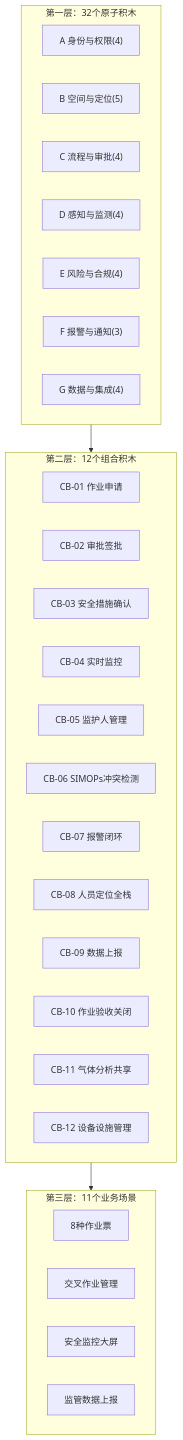
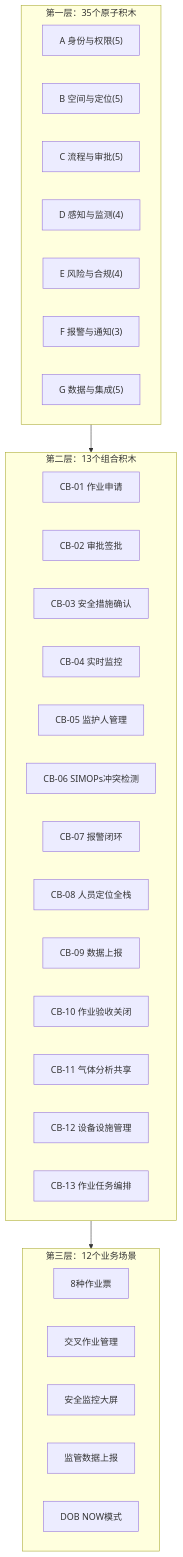
One commit to laiyinyizao007/safeworkpermitPRD changed the first of 8 diagrams in 产出/功能需求_积木化拆解方案.md. Above: the diagram before and after it, drawn with Mermaid. The commit also changed other lines of this file and 4 other files, not shown here.

````diff
--- a/产出/功能需求_积木化拆解方案.md
+++ b/产出/功能需求_积木化拆解方案.md
@@ -12,36 +12,38 @@
 ```mermaid
 flowchart TD
-    subgraph L1["第一层：32个原子积木"]
-        A["A 身份与权限(4)"]
+    subgraph L1["第一层：35个原子积木"]
+        A["A 身份与权限(5)"]
         B["B 空间与定位(5)"]
-        C["C 流程与审批(4)"]
+        C["C 流程与审批(5)"]
         D["D 感知与监测(4)"]
         E["E 风险与合规(4)"]
         F["F 报警与通知(3)"]
-        G["G 数据与集成(4)"]
+        G["G 数据与集成(5)"]
     end
 
-    subgraph L2["第二层：12个组合积木"]
+    subgraph L2["第二层：13个组合积木"]
         CB01["CB-01 作业申请"]
         CB02["CB-02 审批签批"]
         CB03["CB-03 安全措施确认"]
         CB04["CB-04 实时监控"]
         CB05["CB-05 监护人管理"]
         CB06["CB-06 SIMOPs冲突检测"]
         CB07["CB-07 报警闭环"]
         CB08["CB-08 人员定位全栈"]
         CB09["CB-09 数据上报"]
         CB10["CB-10 作业验收关闭"]
         CB11["CB-11 气体分析共享"]
         CB12["CB-12 设备设施管理"]
+        CB13["CB-13 作业任务编排"]
     end
 
-    subgraph L3["第三层：11个业务场景"]
+    subgraph L3["第三层：12个业务场景"]
         BS1["8种作业票"]
         BS2["交叉作业管理"]
         BS3["安全监控大屏"]
         BS4["监管数据上报"]
+        BS5["DOB NOW模式"]
     end
 
     L1 --> L2 --> L3
 ```
````
